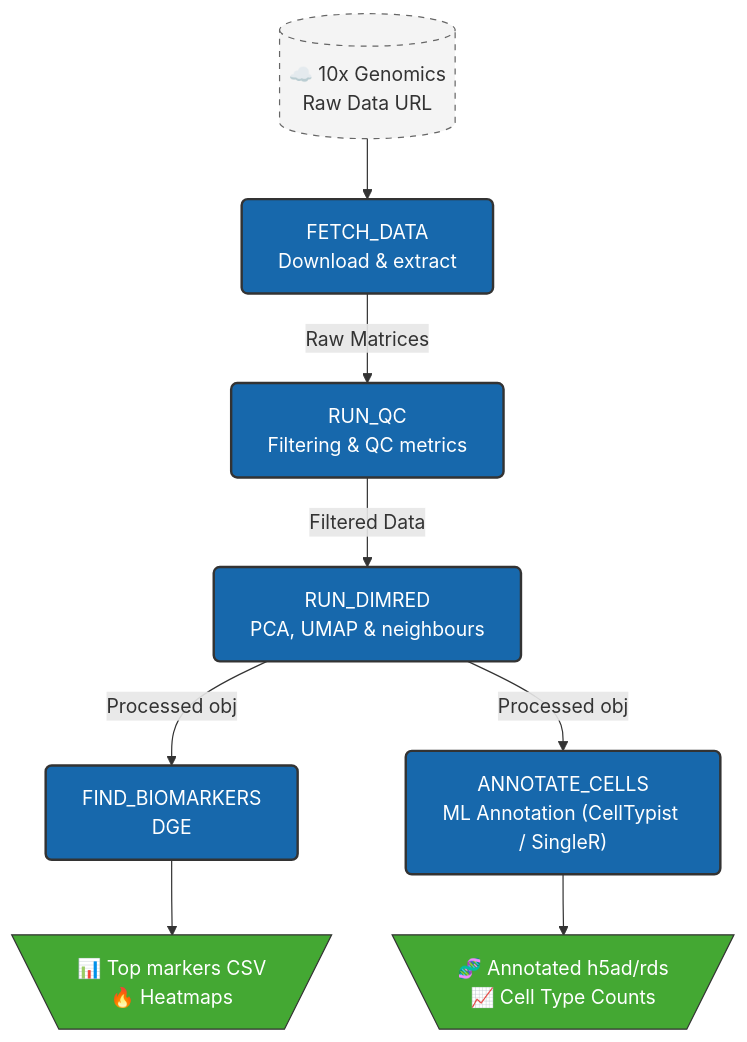
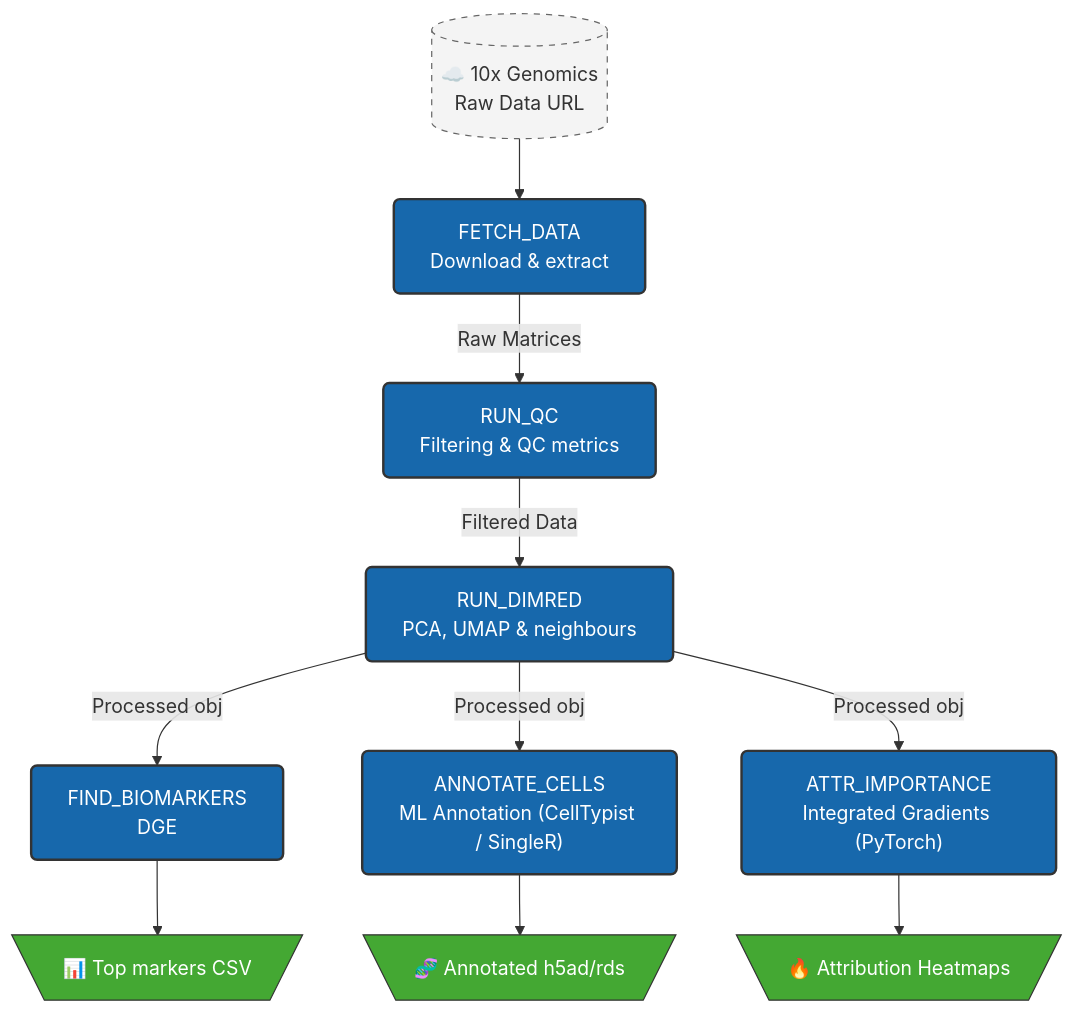
The diagram in README.md (cemselb/nf-singlecell-biomarker), drawn with Mermaid before and after one commit. The commit also changed other lines of this file, not shown here.

````diff
--- a/README.md
+++ b/README.md
@@ -11,38 +11,41 @@
 ```mermaid
 flowchart TD
     %% Styling
     classDef process fill:#1768AC,stroke:#333,stroke-width:2px,color:#fff,rx:5px,ry:5px;
     classDef input fill:#f4f4f4,stroke:#666,stroke-width:1px,stroke-dasharray: 5 5;
     classDef output fill:#44A833,stroke:#333,stroke-width:1px,color:#fff;
 
     %% Nodes
     Input[("☁️ 10x Genomics<br/>Raw Data URL")]
     FETCH["FETCH_DATA<br/>Download & extract"]
     QC["RUN_QC<br/>Filtering & QC metrics"]
     DIMRED["RUN_DIMRED<br/>PCA, UMAP & neighbours"]
     
     %% Parallel ML and DGE Nodes
     BIOMARKERS["FIND_BIOMARKERS<br/>DGE"]
     ANNOTATE["ANNOTATE_CELLS<br/>ML Annotation (CellTypist / SingleR)"]
+    ATTR["ATTR_IMPORTANCE<br/>Integrated Gradients (PyTorch)"]
 
     %% Output Nodes
-    OutBio[\"📊 Top markers CSV<br/>🔥 Heatmaps"/]
-    OutAnno[\"🧬 Annotated h5ad/rds<br/>📈 Cell Type Counts"/]
+    OutBio[\"📊 Top markers CSV"/]
+    OutAnno[\"🧬 Annotated h5ad/rds"/]
+    OutAttr[\"🔥 Attribution Heatmaps"/]
 
     %% Connections
     Input --> FETCH
     FETCH -->|Raw Matrices| QC
     QC -->|Filtered Data| DIMRED
     
-    %% Forking the workflow
     DIMRED -->|Processed obj| BIOMARKERS
     DIMRED -->|Processed obj| ANNOTATE
+    DIMRED -->|Processed obj| ATTR
     
     BIOMARKERS --> OutBio
     ANNOTATE --> OutAnno
+    ATTR --> OutAttr
 
-    %% Apply Classes Safely
+    %% Apply Classes
     class Input input;
-    class FETCH,QC,DIMRED,BIOMARKERS,ANNOTATE process;
-    class OutBio,OutAnno output;
+    class FETCH,QC,DIMRED,BIOMARKERS,ANNOTATE,ATTR process;
+    class OutBio,OutAnno,OutAttr output;
 ```
````
